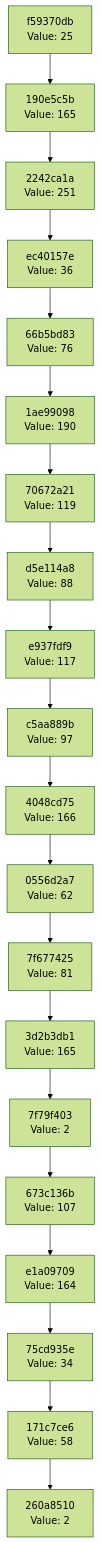
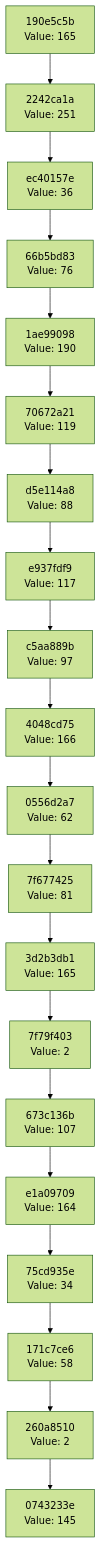
One commit to Abhisheksinha1506/hash-chain-evolver changed the diagram in docs/CHAIN_VISUALIZATION.md. Above: the diagram before and after it, drawn with Mermaid (forest theme). The commit also changed 2 other files, not shown here.

Commit message:
Evolution step: hash 0x91 → action executed

````diff
--- a/docs/CHAIN_VISUALIZATION.md
+++ b/docs/CHAIN_VISUALIZATION.md
@@ -3,42 +3,42 @@
 ```mermaid
 graph TD
-    C0["260a8510<br/>Value: 2"]
-    C1["171c7ce6<br/>Value: 58"]
+    C0["0743233e<br/>Value: 145"]
+    C1["260a8510<br/>Value: 2"]
     C1 --> C0
-    C2["75cd935e<br/>Value: 34"]
+    C2["171c7ce6<br/>Value: 58"]
     C2 --> C1
-    C3["e1a09709<br/>Value: 164"]
+    C3["75cd935e<br/>Value: 34"]
     C3 --> C2
-    C4["673c136b<br/>Value: 107"]
+    C4["e1a09709<br/>Value: 164"]
     C4 --> C3
-    C5["7f79f403<br/>Value: 2"]
+    C5["673c136b<br/>Value: 107"]
     C5 --> C4
-    C6["3d2b3db1<br/>Value: 165"]
+    C6["7f79f403<br/>Value: 2"]
     C6 --> C5
-    C7["7f677425<br/>Value: 81"]
+    C7["3d2b3db1<br/>Value: 165"]
     C7 --> C6
-    C8["0556d2a7<br/>Value: 62"]
+    C8["7f677425<br/>Value: 81"]
     C8 --> C7
-    C9["4048cd75<br/>Value: 166"]
+    C9["0556d2a7<br/>Value: 62"]
     C9 --> C8
-    C10["c5aa889b<br/>Value: 97"]
+    C10["4048cd75<br/>Value: 166"]
     C10 --> C9
-    C11["e937fdf9<br/>Value: 117"]
+    C11["c5aa889b<br/>Value: 97"]
     C11 --> C10
-    C12["d5e114a8<br/>Value: 88"]
+    C12["e937fdf9<br/>Value: 117"]
     C12 --> C11
-    C13["70672a21<br/>Value: 119"]
+    C13["d5e114a8<br/>Value: 88"]
     C13 --> C12
-    C14["1ae99098<br/>Value: 190"]
+    C14["70672a21<br/>Value: 119"]
     C14 --> C13
-    C15["66b5bd83<br/>Value: 76"]
+    C15["1ae99098<br/>Value: 190"]
     C15 --> C14
-    C16["ec40157e<br/>Value: 36"]
+    C16["66b5bd83<br/>Value: 76"]
     C16 --> C15
-    C17["2242ca1a<br/>Value: 251"]
+    C17["ec40157e<br/>Value: 36"]
     C17 --> C16
-    C18["190e5c5b<br/>Value: 165"]
+    C18["2242ca1a<br/>Value: 251"]
     C18 --> C17
-    C19["f59370db<br/>Value: 25"]
+    C19["190e5c5b<br/>Value: 165"]
     C19 --> C18
 ```
````
